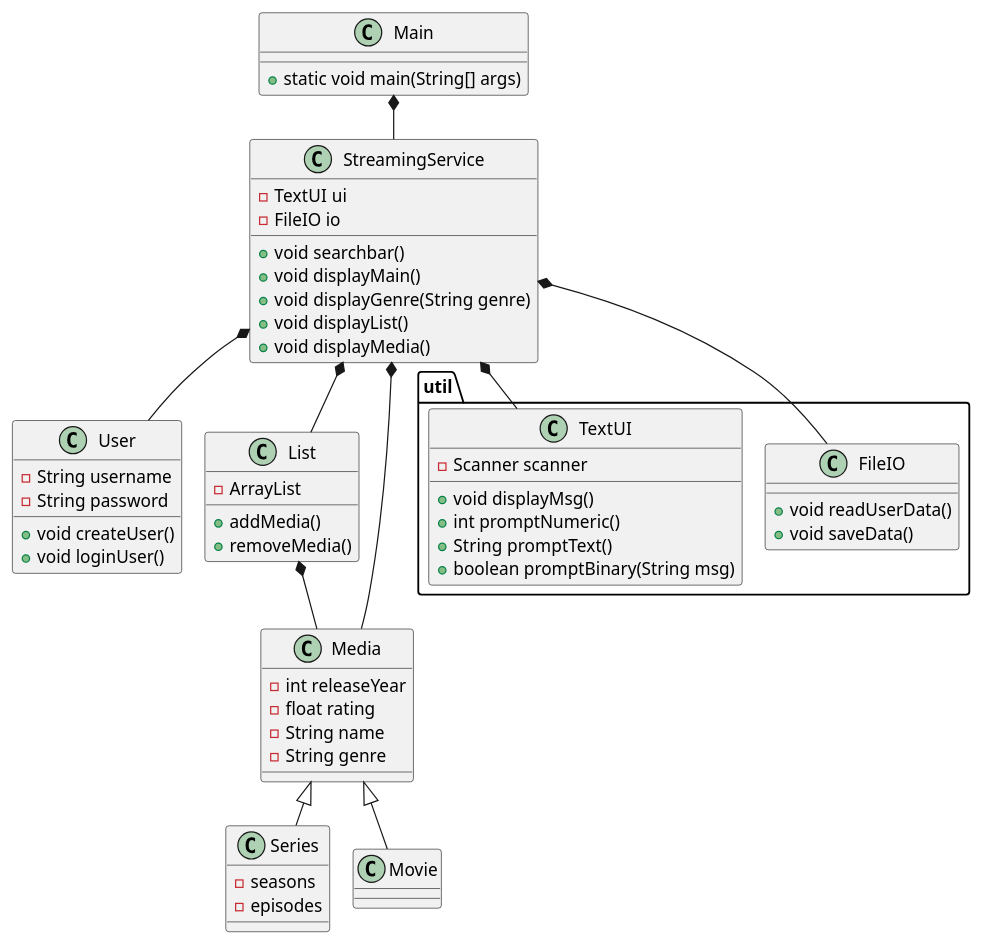
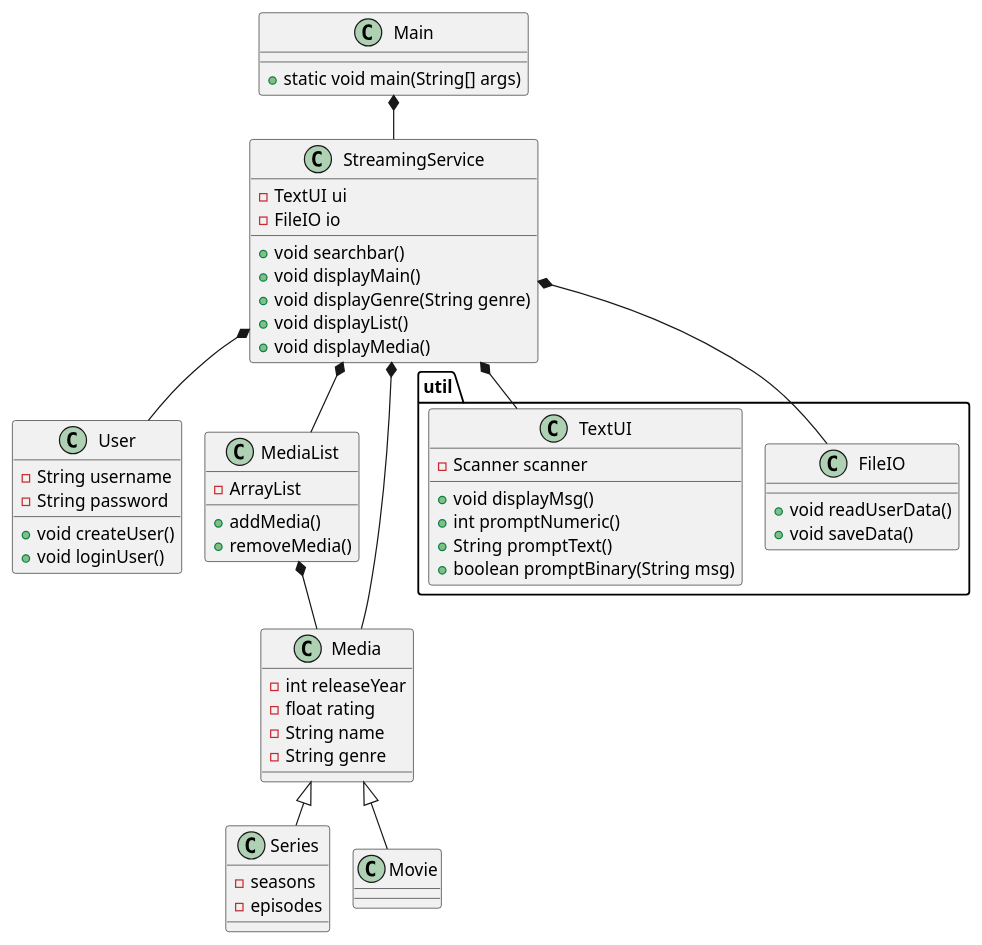
Before and after one commit to Bojuuh/SP3: the diagram in doc/ClassDiagramV01.puml, drawn with PlantUML.

Commit message:
Updated ClassDiagramV01.puml after advice meeting

```diff
--- a/doc/ClassDiagramV01.puml
+++ b/doc/ClassDiagramV01.puml
@@ -1,89 +1,89 @@
 @startuml
 'https://plantuml.com/sequence-diagram
 !pragma layout smetana
 
 class User{
 - String username
 - String password
 + void createUser()
 + void loginUser()
 }
 
 class Main{
 
 + static void main(String[] args)
 }
 
 class StreamingService{
 
 + void searchbar()
 - TextUI ui
 - FileIO io
 + void displayMain()
 + void displayGenre(String genre)
 + void displayList()
 + void displayMedia()
 
 
 
 }
 
-class List{
+class MediaList{
 
 - ArrayList
 + addMedia()
 + removeMedia()
 
 
 }
 
 package "util" {
 
 class FileIO{
 + void readUserData()
 + void saveData()
 
 }
 class TextUI{
 - Scanner scanner
 + void displayMsg()
 + int promptNumeric()
 + String promptText()
 + boolean promptBinary(String msg)
 
 }
 }
 
 class Media{
 
 - int releaseYear
 - float rating
 - String name
 - String genre
 
 
 
 }
 
 class Series{
 
 - seasons
 - episodes
 
 }
 
 Media <|-- Movie
 Media <|-- Series
 
 StreamingService *-- Media
 
 
 
 Main *-- StreamingService
 StreamingService *-- User
-StreamingService *-- List
-List *-- Media
+StreamingService *-- MediaList
+MediaList *-- Media
 
 StreamingService *-- TextUI
 StreamingService *-- FileIO
 @enduml
```
